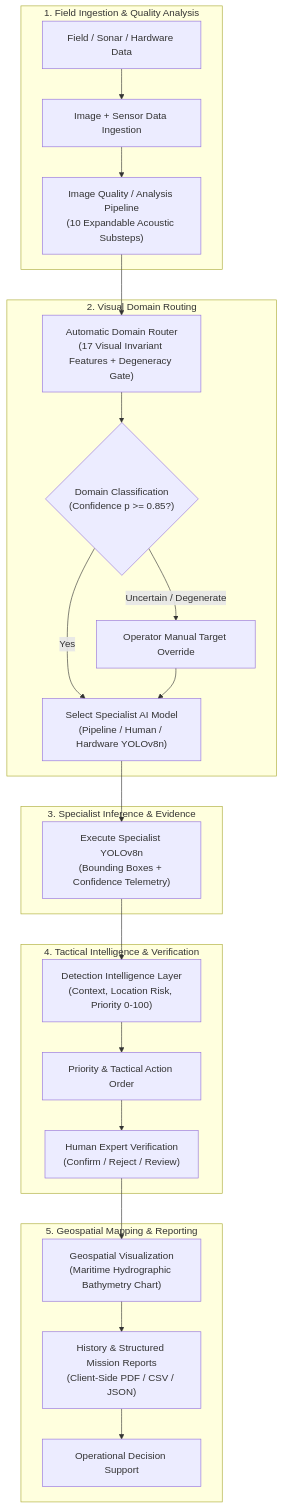
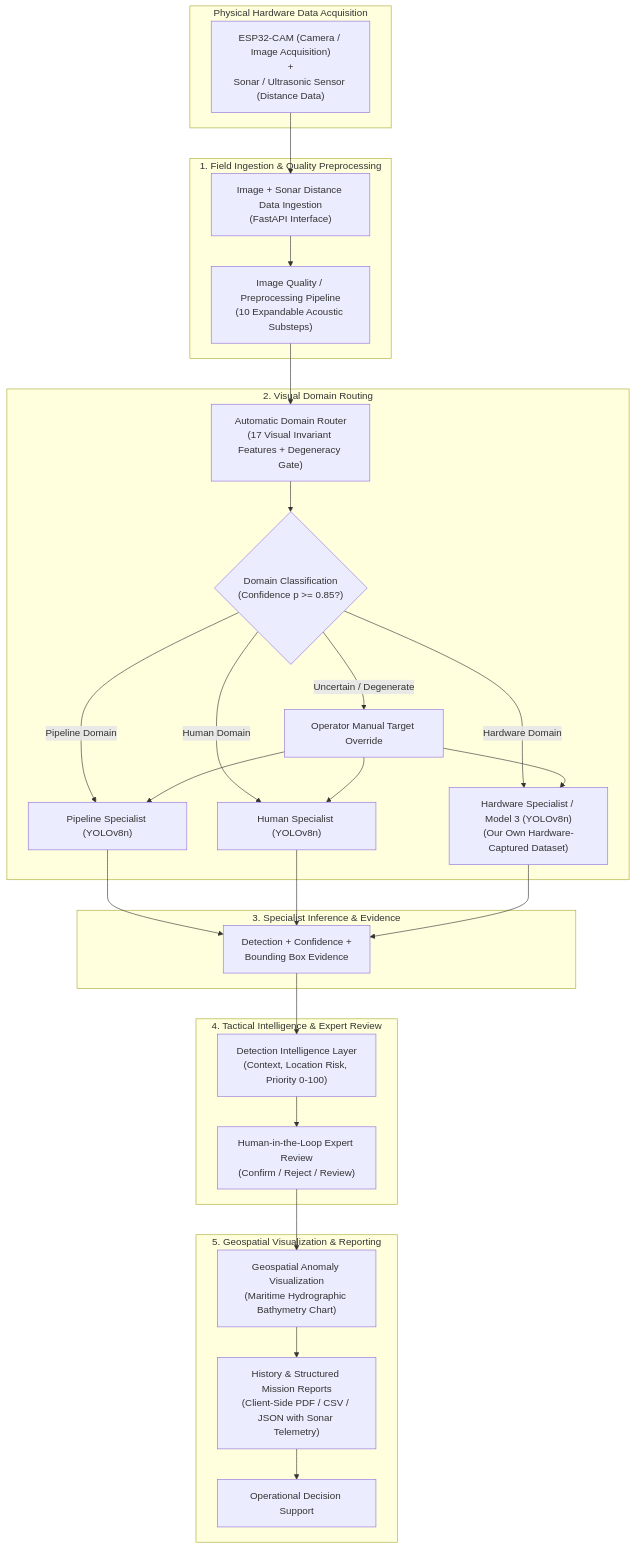
One commit to cherry-git999/ORCA---OCEAN-RESEARCH-CLASSIFICATION-PLATFORM changed the second of 10 diagrams in README.md. Above: the diagram before and after it, drawn with Mermaid. The commit also changed other lines of this file, not shown here.

````diff
--- a/README.md
+++ b/README.md
@@ -57,31 +57,36 @@
 ```mermaid
 flowchart TD
-    subgraph IngestionStage["1. Field Ingestion & Quality Analysis"]
-        A["Field / Sonar / Hardware Data"] --> B["Image + Sensor Data Ingestion"]
-        B --> C["Image Quality / Analysis Pipeline\n(10 Expandable Acoustic Substeps)"]
+    subgraph HardwareLayer["Physical Hardware Data Acquisition"]
+        HW["ESP32-CAM (Camera / Image Acquisition)\n+\nSonar / Ultrasonic Sensor (Distance Data)"]
+    end
+
+    subgraph IngestionStage["1. Field Ingestion & Quality Preprocessing"]
+        HW --> Ingest["Image + Sonar Distance Data Ingestion\n(FastAPI Interface)"]
+        Ingest --> Preprocess["Image Quality / Preprocessing Pipeline\n(10 Expandable Acoustic Substeps)"]
     end
 
     subgraph RoutingStage["2. Visual Domain Routing"]
-        C --> D["Automatic Domain Router\n(17 Visual Invariant Features + Degeneracy Gate)"]
-        D --> E{"Domain Classification\n(Confidence p >= 0.85?)"}
-        E -- "Yes" --> F["Select Specialist AI Model\n(Pipeline / Human / Hardware YOLOv8n)"]
-        E -- "Uncertain / Degenerate" --> Degen["Operator Manual Target Override"]
-        Degen --> F
+        Preprocess --> Router["Automatic Domain Router\n(17 Visual Invariant Features + Degeneracy Gate)"]
+        Router --> Gate{"Domain Classification\n(Confidence p >= 0.85?)"}
+        Gate -- "Pipeline Domain" --> M1["Pipeline Specialist (YOLOv8n)"]
+        Gate -- "Human Domain" --> M2["Human Specialist (YOLOv8n)"]
+        Gate -- "Hardware Domain" --> M3["Hardware Specialist / Model 3 (YOLOv8n)\n(Our Own Hardware-Captured Dataset)"]
+        Gate -- "Uncertain / Degenerate" --> Override["Operator Manual Target Override"]
+        Override --> M1 & M2 & M3
     end
 
-    subgraph InferenceStage["3. Specialist Inference & Evidence"]
-        F --> G["Execute Specialist YOLOv8n\n(Bounding Boxes + Confidence Telemetry)"]
+    subgraph InferenceEvidence["3. Specialist Inference & Evidence"]
+        M1 & M2 & M3 --> DetEvidence["Detection + Confidence +\nBounding Box Evidence"]
     end
 
-    subgraph DecisionSupport["4. Tactical Intelligence & Verification"]
-        G --> H["Detection Intelligence Layer\n(Context, Location Risk, Priority 0-100)"]
-        H --> I["Priority & Tactical Action Order"]
-        I --> J["Human Expert Verification\n(Confirm / Reject / Review)"]
+    subgraph DecisionSupport["4. Tactical Intelligence & Expert Review"]
+        DetEvidence --> Intel["Detection Intelligence Layer\n(Context, Location Risk, Priority 0-100)"]
+        Intel --> Review["Human-in-the-Loop Expert Review\n(Confirm / Reject / Review)"]
     end
 
-    subgraph OperationalOutputs["5. Geospatial Mapping & Reporting"]
-        J --> K["Geospatial Visualization\n(Maritime Hydrographic Bathymetry Chart)"]
-        K --> L["History & Structured Mission Reports\n(Client-Side PDF / CSV / JSON)"]
-        L --> M["Operational Decision Support"]
+    subgraph OperationalOutputs["5. Geospatial Visualization & Reporting"]
+        Review --> GeoMap["Geospatial Anomaly Visualization\n(Maritime Hydrographic Bathymetry Chart)"]
+        GeoMap --> Reports["History & Structured Mission Reports\n(Client-Side PDF / CSV / JSON with Sonar Telemetry)"]
+        Reports --> Decision["Operational Decision Support"]
     end
 ```
````
